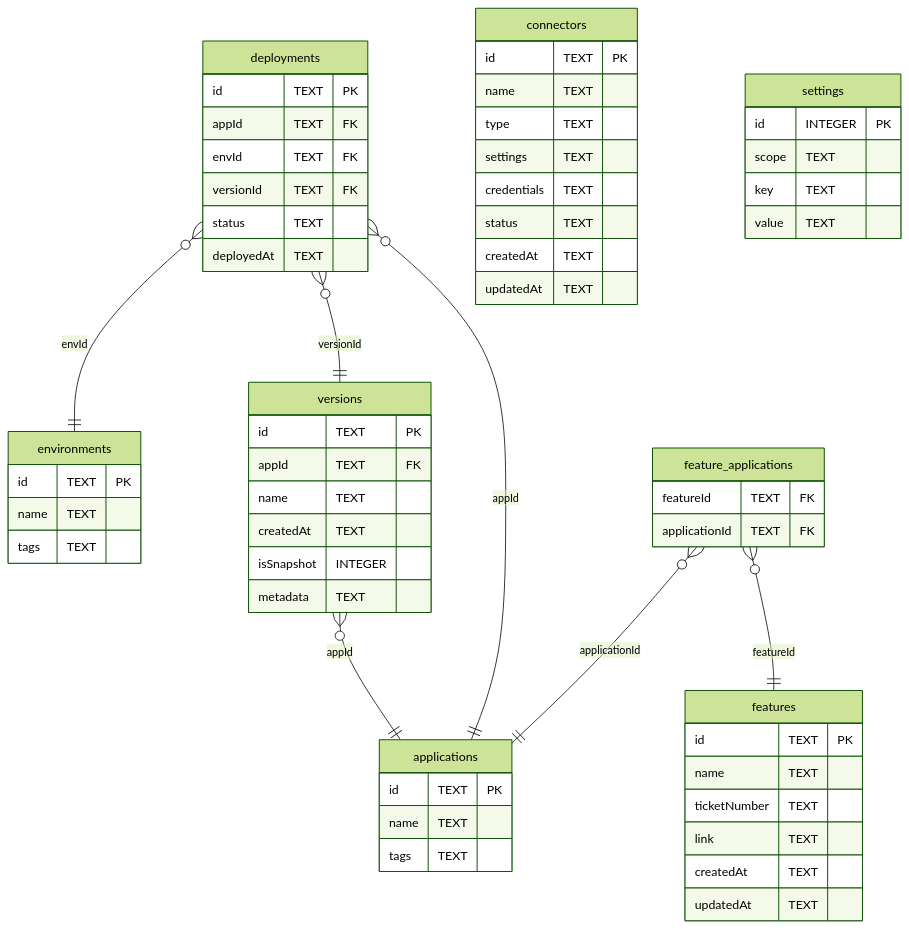
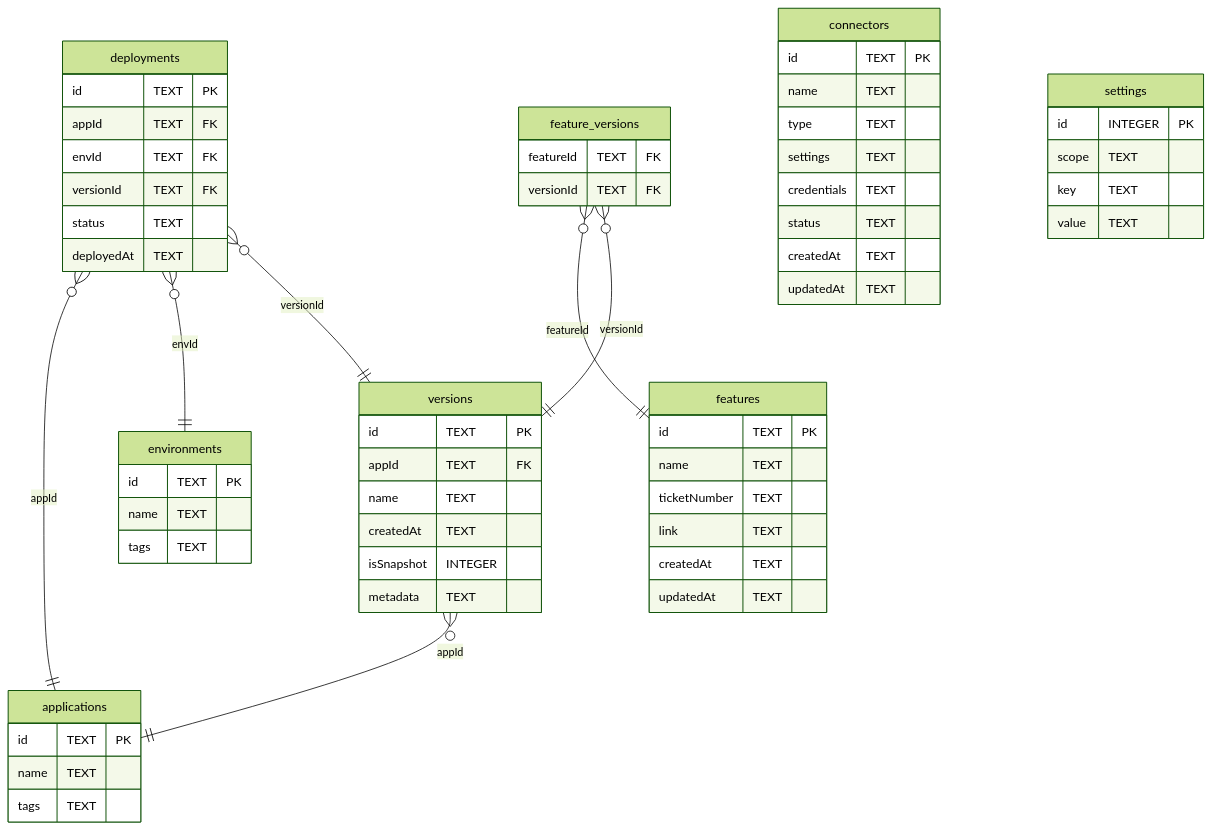
Before and after one commit to ludoo0d0a/captain: the diagram in doc/db/erd.mmd, drawn with Mermaid (forest theme). The commit also changed 9 other files, not shown here.

Commit message:
feat: refactor feature management to associate versions instead of applications, update UI components, and adjust database schema accordingly

```diff
--- a/doc/db/erd.mmd
+++ b/doc/db/erd.mmd
@@ -1,62 +1,62 @@
 erDiagram
   applications {
     id TEXT PK
     name TEXT
     tags TEXT
   }
   environments {
     id TEXT PK
     name TEXT
     tags TEXT
   }
   versions {
     id TEXT PK
     appId TEXT FK
     name TEXT
     createdAt TEXT
     isSnapshot INTEGER
     metadata TEXT
   }
   deployments {
     id TEXT PK
     appId TEXT FK
     envId TEXT FK
     versionId TEXT FK
     status TEXT
     deployedAt TEXT
   }
   features {
     id TEXT PK
     name TEXT
     ticketNumber TEXT
     link TEXT
     createdAt TEXT
     updatedAt TEXT
   }
-  feature_applications {
+  feature_versions {
     featureId TEXT FK
-    applicationId TEXT FK
+    versionId TEXT FK
   }
   connectors {
     id TEXT PK
     name TEXT
     type TEXT
     settings TEXT
     credentials TEXT
     status TEXT
     createdAt TEXT
     updatedAt TEXT
   }
   settings {
     id INTEGER PK
     scope TEXT
     key TEXT
     value TEXT
   }
   
   versions }o--|| applications : "appId"
   deployments }o--|| applications : "appId"
   deployments }o--|| environments : "envId"
   deployments }o--|| versions : "versionId"
-  feature_applications }o--|| features : "featureId"
-  feature_applications }o--|| applications : "applicationId" 
+  feature_versions }o--|| features : "featureId"
+  feature_versions }o--|| versions : "versionId" 
```
